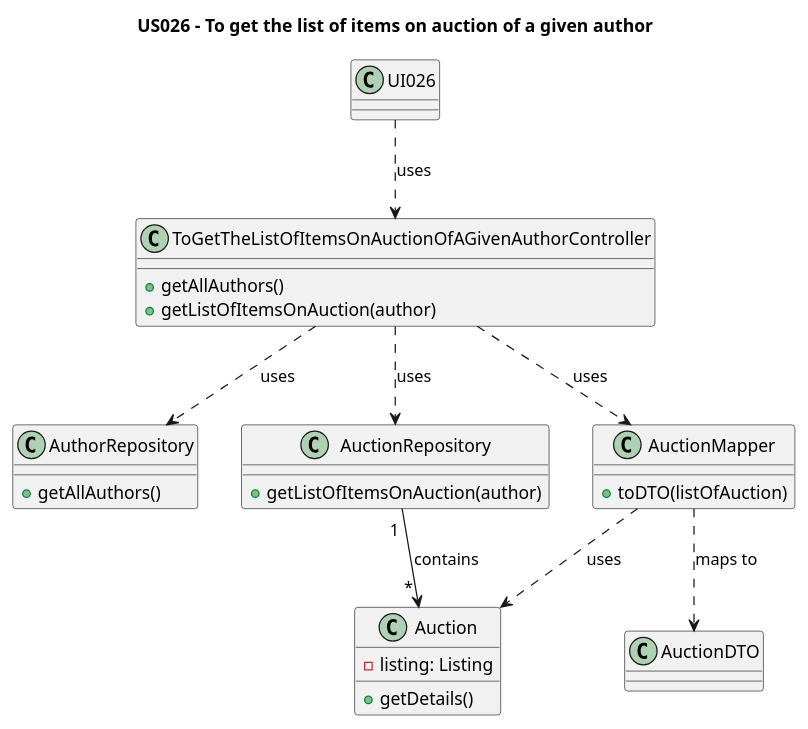
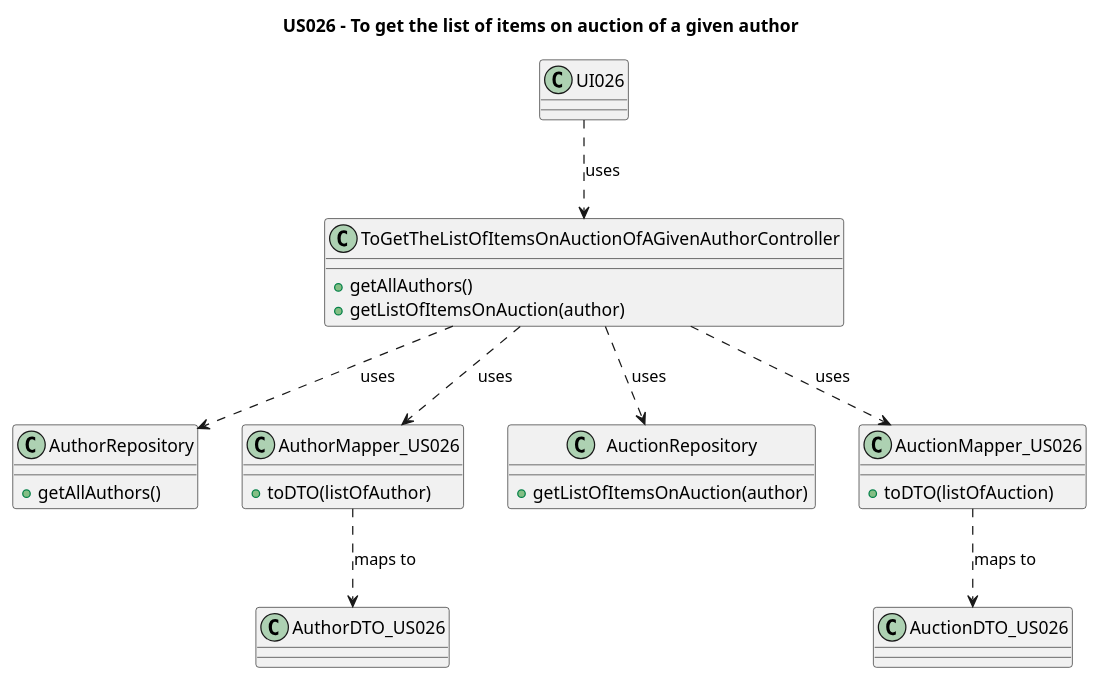
One commit to AndrePereiraGitH/SWitCH-Project-Team_A changed the diagram in Diagrams/ClassDiagrams/US026-to-get-the-list-of-items-on-auction-of-a-given-author.puml. Above: the diagram before and after it, drawn with PlantUML. The commit also changed 2 other files, not shown here.

```diff
--- a/Diagrams/ClassDiagrams/US026-to-get-the-list-of-items-on-auction-of-a-given-author.puml
+++ b/Diagrams/ClassDiagrams/US026-to-get-the-list-of-items-on-auction-of-a-given-author.puml
@@ -1,80 +1,91 @@
 @startuml
 title US026 - To get the list of items on auction of a given author
 
 class UI026{
 
 }
 
 class ToGetTheListOfItemsOnAuctionOfAGivenAuthorController {
   +getAllAuthors()
   +getListOfItemsOnAuction(author)
 }
 
 class AuthorRepository{
     +getAllAuthors()
 }
 
+class AuthorDTO_US026 {
+}
+
+class AuthorMapper_US026 {
+  +toDTO(listOfAuthor)
+}
+
 class AuctionRepository {
   +getListOfItemsOnAuction(author)
 }
 
+/'
 class Auction {
   - listing: Listing
   +getDetails()
 }
+'/
 
-class AuctionMapper {
+class AuctionMapper_US026 {
   +toDTO(listOfAuction)
 }
 
-class AuctionDTO {
+class AuctionDTO_US026 {
 }
 
 /'
 class Listing {
   - item: Item
   - saleType: SaleType
 }
 
 enum SaleType {
     DIRECT_SALE
     AUCTION
 }
 
 'class Item {
 '    - bibliographicalData: BibliographicalData
 '}
 
 class Item {
-    - publication: publication
+    - author: author
 }
 
-class Publication {
+class author {
     - bibliographicalData: BibliographicalData
     - code: Code
 }
 
 class BibliographicalData {
     - title: String
 }
 '/
 
 ' Interactions
 
 UI026 ..> ToGetTheListOfItemsOnAuctionOfAGivenAuthorController : uses
 ToGetTheListOfItemsOnAuctionOfAGivenAuthorController ..> AuctionRepository : uses
 ToGetTheListOfItemsOnAuctionOfAGivenAuthorController ..> AuthorRepository: uses
-AuctionRepository "1 " --> " * " Auction : contains
-ToGetTheListOfItemsOnAuctionOfAGivenAuthorController ..> AuctionMapper : uses
-AuctionMapper ..> AuctionDTO : maps to
-AuctionMapper ..> Auction : uses
+AuthorMapper_US026 ..> AuthorDTO_US026 : maps to
+'AuctionRepository "1 " --> " * " Auction : contains
+ToGetTheListOfItemsOnAuctionOfAGivenAuthorController ..> AuctionMapper_US026 : uses
+AuctionMapper_US026 ..> AuctionDTO_US026 : maps to
+'AuctionMapper_UI025 ..> Auction : uses
+ToGetTheListOfItemsOnAuctionOfAGivenAuthorController ..> AuthorMapper_US026 : uses
 /'
 Auction "1" -- "1" Listing : uses
 Listing "                                *" -- "1" SaleType : can be sold by
 Listing "1" -- "1..*    " Item : lists an
 ' Item "*" -- "1" BibliographicalData: has
-Item "*" -- "1" Publication: refers to a
-Publication "*" -- "1" BibliographicalData: has
+Item "*" -- "1" author: refers to a
+author "*" -- "1" BibliographicalData: has
 '/
 
 @enduml
```
